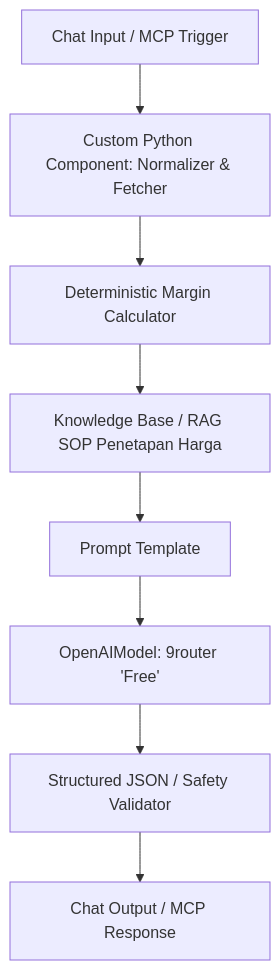
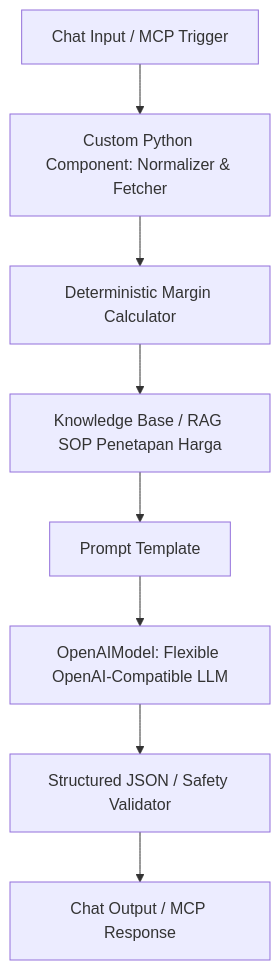
The diagram in docs/langflow-setup.md (diwanparker/warung-cost-guard), drawn with Mermaid before and after one commit. The commit also changed other lines of this file and 5 other files, not shown here.

Commit message:
feat: make AI model provider agnostic and configurable across documentation, flow, and runtime

````diff
--- a/docs/langflow-setup.md
+++ b/docs/langflow-setup.md
@@ -19,10 +29,10 @@
 ```mermaid
 flowchart TD
     A[Chat Input / MCP Trigger] --> B[Custom Python Component: Normalizer & Fetcher]
     B --> C[Deterministic Margin Calculator]
     C --> D[Knowledge Base / RAG SOP Penetapan Harga]
     D --> E[Prompt Template]
-    E --> F[OpenAIModel: 9router 'Free']
+    E --> F[OpenAIModel: Flexible OpenAI-Compatible LLM]
     F --> G[Structured JSON / Safety Validator]
     G --> H[Chat Output / MCP Response]
 ```
````
